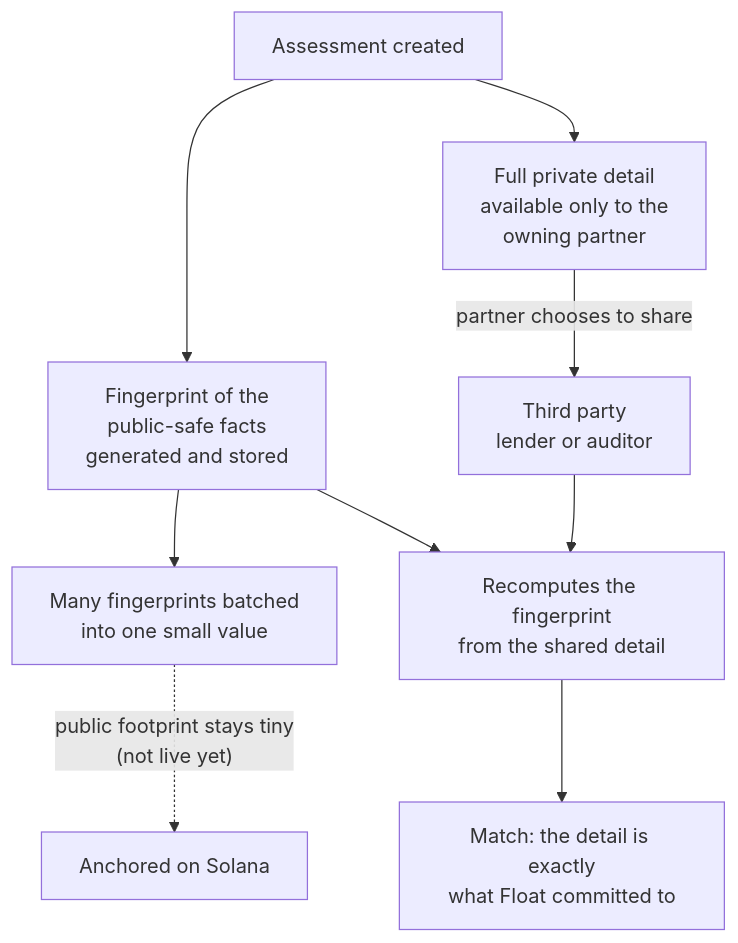
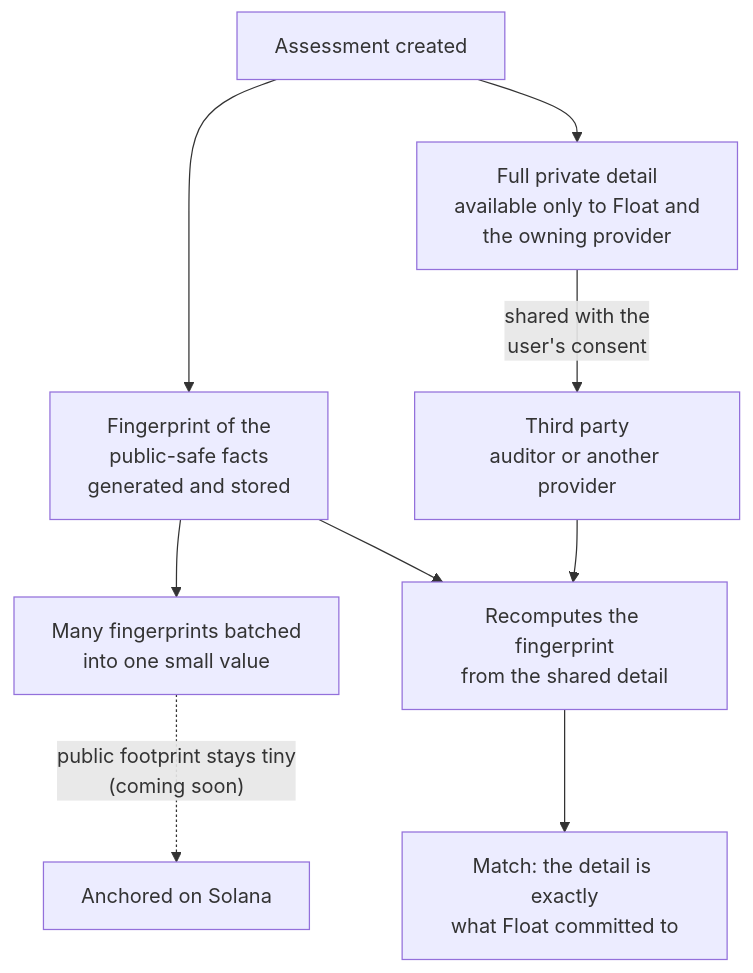
Before and after one commit to Samisha68/Float_website: the first of 2 diagrams in src/docs/content/architecture.mdx, drawn with Mermaid. The commit also changed other lines of this file and 7 other files, not shown here.

````diff
--- a/src/docs/content/architecture.mdx
+++ b/src/docs/content/architecture.mdx
@@ -57,11 +57,11 @@
 ```mermaid
 flowchart TB
   A["Assessment created"] --> B["Fingerprint of the<br/>public-safe facts<br/>generated and stored"]
-  A --> C["Full private detail<br/>available only to the<br/>owning partner"]
+  A --> C["Full private detail<br/>available only to Float and<br/>the owning provider"]
   B --> G["Many fingerprints batched<br/>into one small value"]
-  G -.->|"public footprint stays tiny<br/>(not live yet)"| P["Anchored on Solana"]
-  C -->|"partner chooses to share"| T["Third party<br/>lender or auditor"]
+  G -.->|"public footprint stays tiny<br/>(coming soon)"| P["Anchored on Solana"]
+  C -->|"shared with the<br/>user's consent"| T["Third party<br/>auditor or another provider"]
   T --> V["Recomputes the fingerprint<br/>from the shared detail"]
   B --> V
   V --> OK["Match: the detail is exactly<br/>what Float committed to"]
 ```
````
